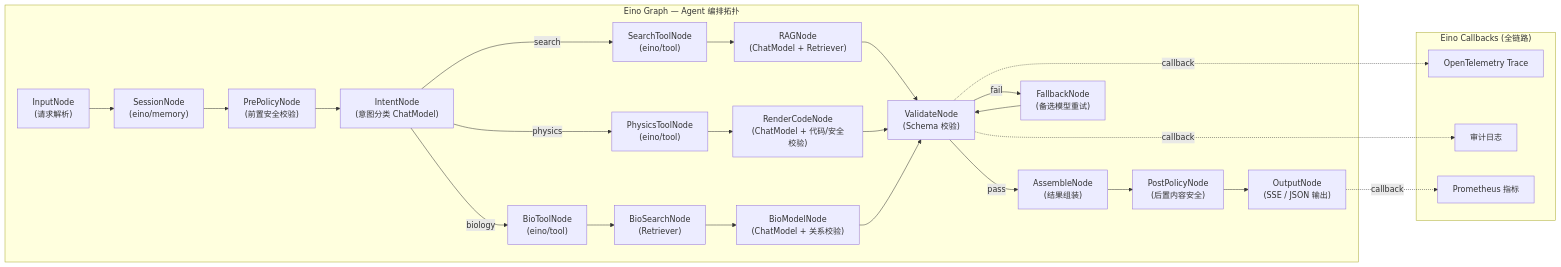
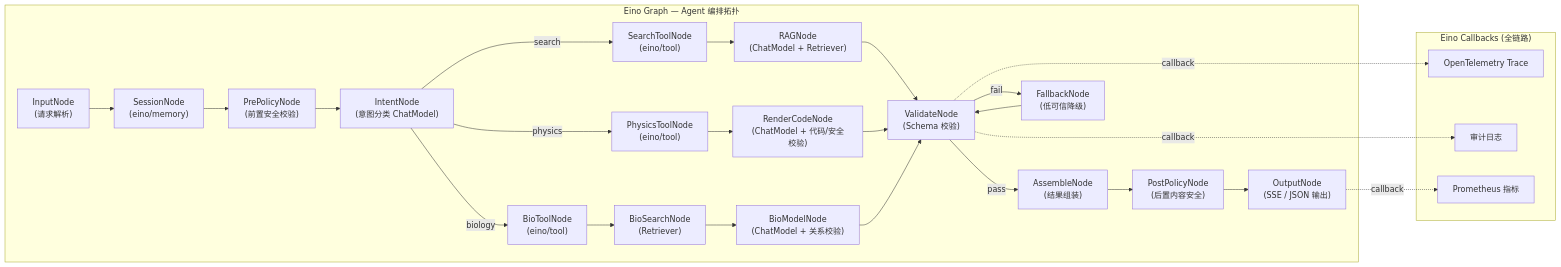
Before and after one commit to beihai0xff/snowy: the third of 3 diagrams in docs/tech-solution.md, drawn with Mermaid. The commit also changed other lines of this file and 27 other files, not shown here.

````diff
--- a/docs/tech-solution.md
+++ b/docs/tech-solution.md
@@ -860,41 +860,41 @@
 ```mermaid
 graph LR
     subgraph EinoGraph ["Eino Graph — Agent 编排拓扑"]
         Input["InputNode<br/>(请求解析)"]
         Session["SessionNode<br/>(eino/memory)"]
         Policy1["PrePolicyNode<br/>(前置安全校验)"]
         Intent["IntentNode<br/>(意图分类 ChatModel)"]
 
         Input --> Session --> Policy1 --> Intent
 
         Intent -->|"search"| ST["SearchToolNode<br/>(eino/tool)"]
         Intent -->|"physics"| PT["PhysicsToolNode<br/>(eino/tool)"]
         Intent -->|"biology"| BT["BioToolNode<br/>(eino/tool)"]
 
         ST --> RAG["RAGNode<br/>(ChatModel + Retriever)"]
         PT --> RenderCode["RenderCodeNode<br/>(ChatModel + 代码/安全校验)"]
         BT --> BioSearch["BioSearchNode<br/>(Retriever)"]
         BioSearch --> BioModel["BioModelNode<br/>(ChatModel + 关系校验)"]
 
         RAG --> Validate["ValidateNode<br/>(Schema 校验)"]
         RenderCode --> Validate
         BioModel --> Validate
 
         Validate -->|"pass"| Assemble["AssembleNode<br/>(结果组装)"]
-        Validate -->|"fail"| Fallback["FallbackNode<br/>(备选模型重试)"]
+        Validate -->|"fail"| Fallback["FallbackNode<br/>(低可信降级)"]
         Fallback --> Validate
 
         Assemble --> Policy2["PostPolicyNode<br/>(后置内容安全)"]
         Policy2 --> Output["OutputNode<br/>(SSE / JSON 输出)"]
     end
 
     subgraph Callbacks ["Eino Callbacks (全链路)"]
         OTel["OpenTelemetry Trace"]
         AuditLog["审计日志"]
         Metrics["Prometheus 指标"]
     end
 
     Validate -.->|"callback"| OTel
     Validate -.->|"callback"| AuditLog
     Output -.->|"callback"| Metrics
 ```
````
